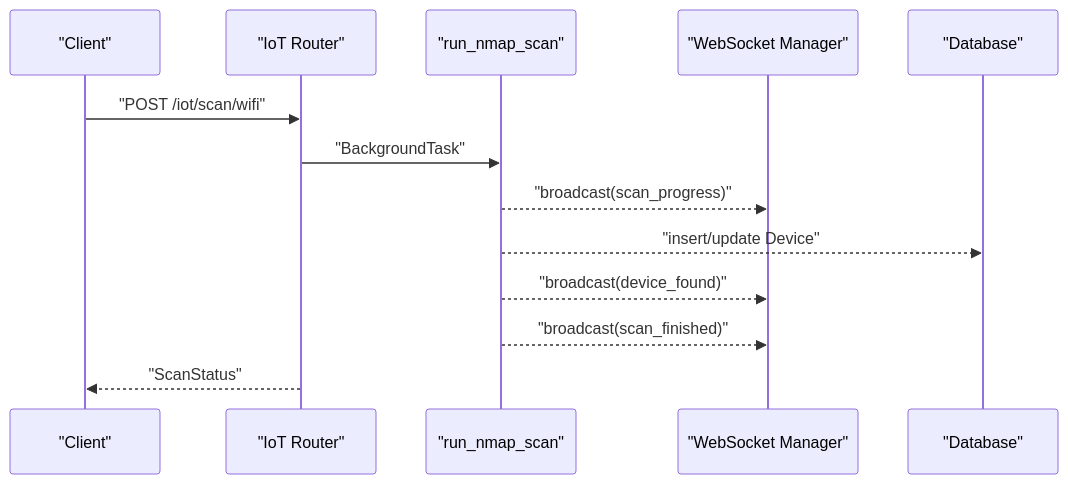
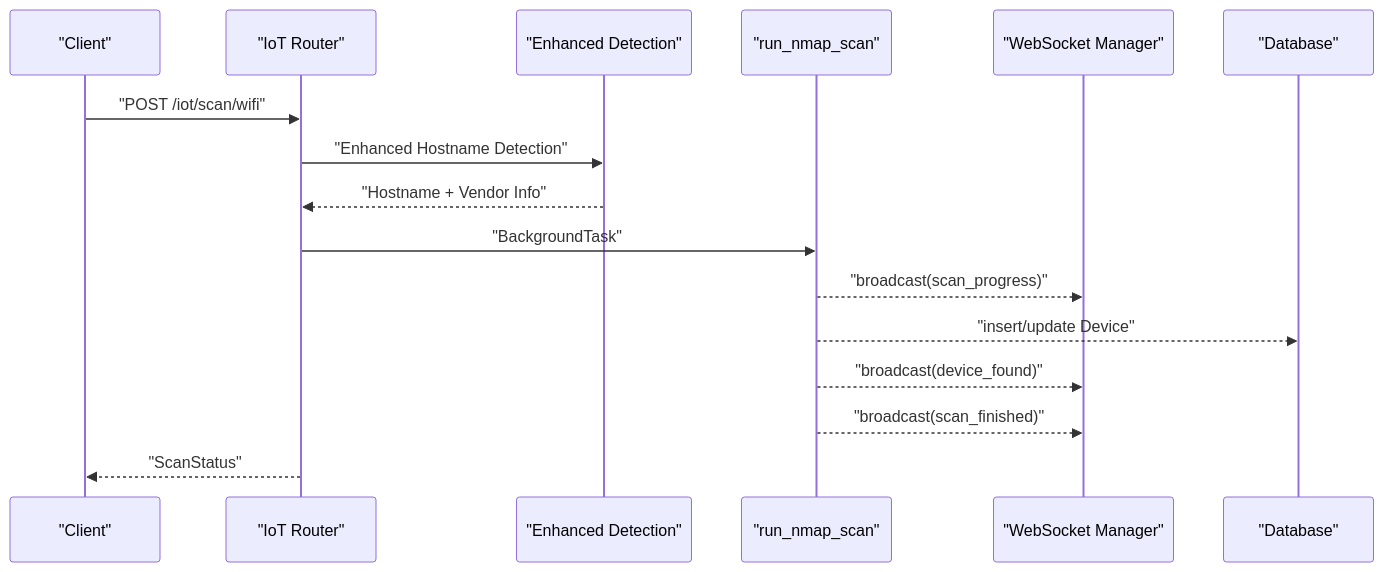
Before and after one commit to MohandWaleed3/PentexOne: the fourth of 11 diagrams in .qoder/repowiki/en/content/API Reference/IoT Scanning API.md, drawn with Mermaid. The commit also changed other lines of this file and 5 other files, not shown here.

````diff
--- a/.qoder/repowiki/en/content/API Reference/IoT Scanning API.md
+++ b/.qoder/repowiki/en/content/API Reference/IoT Scanning API.md
@@ -125,15 +205,18 @@
 ```mermaid
 sequenceDiagram
 participant C as "Client"
 participant R as "IoT Router"
+participant ED as "Enhanced Detection"
 participant BG as "run_nmap_scan"
 participant W as "WebSocket Manager"
 participant D as "Database"
 C->>R : "POST /iot/scan/wifi"
+R->>ED : "Enhanced Hostname Detection"
+ED-->>R : "Hostname + Vendor Info"
 R->>BG : "BackgroundTask"
 BG-->>W : "broadcast(scan_progress)"
 BG-->>D : "insert/update Device"
 BG-->>W : "broadcast(device_found)"
 BG-->>W : "broadcast(scan_finished)"
 R-->>C : "ScanStatus"
 ```
````
